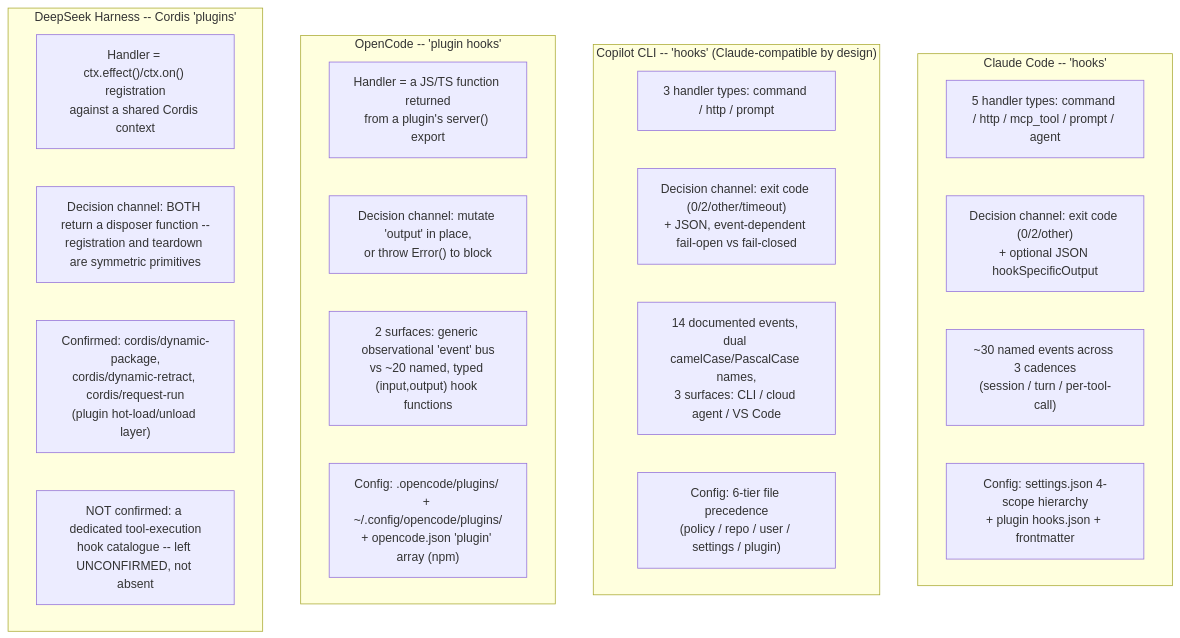
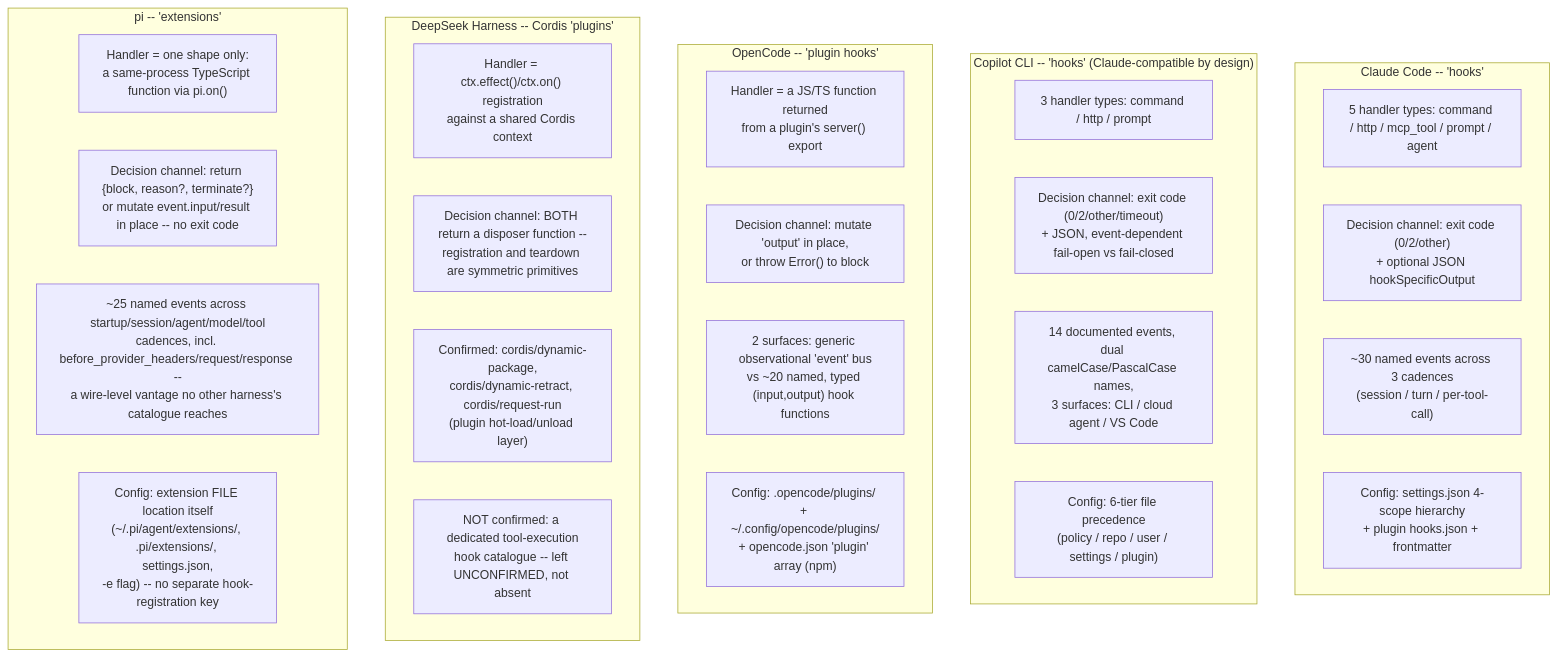
Before and after one commit to sfernandezplain/AIrchon: the seventh of 7 diagrams in references/harnesses/hooks-lifecycle-extensibility.md, drawn with Mermaid. The commit also changed other lines of this file and 10 other files, not shown here.

First line of the commit message:
Complete pi harness coverage across the wiki-book; add deterministic-orchestration page for LangGraph and Microsoft Conductor

````diff
--- a/references/harnesses/hooks-lifecycle-extensibility.md
+++ b/references/harnesses/hooks-lifecycle-extensibility.md
@@ -963,27 +1165,33 @@
 ```mermaid
 flowchart TB
     subgraph CC["Claude Code -- 'hooks'"]
         CC1["5 handler types: command / http / mcp_tool / prompt / agent"]
         CC2["Decision channel: exit code (0/2/other)\n+ optional JSON hookSpecificOutput"]
         CC3["~30 named events across 3 cadences\n(session / turn / per-tool-call)"]
         CC4["Config: settings.json 4-scope hierarchy\n+ plugin hooks.json + frontmatter"]
     end
     subgraph GH["Copilot CLI -- 'hooks' (Claude-compatible by design)"]
         GH1["3 handler types: command / http / prompt"]
         GH2["Decision channel: exit code (0/2/other/timeout)\n+ JSON, event-dependent fail-open vs fail-closed"]
         GH3["14 documented events, dual camelCase/PascalCase names,\n3 surfaces: CLI / cloud agent / VS Code"]
         GH4["Config: 6-tier file precedence\n(policy / repo / user / settings / plugin)"]
     end
     subgraph OC["OpenCode -- 'plugin hooks'"]
         OC1["Handler = a JS/TS function returned\nfrom a plugin's server() export"]
         OC2["Decision channel: mutate 'output' in place,\nor throw Error() to block"]
         OC3["2 surfaces: generic observational 'event' bus\nvs ~20 named, typed (input,output) hook functions"]
         OC4["Config: .opencode/plugins/ + ~/.config/opencode/plugins/\n+ opencode.json 'plugin' array (npm)"]
     end
     subgraph DS["DeepSeek Harness -- Cordis 'plugins'"]
         DS1["Handler = ctx.effect()/ctx.on() registration\nagainst a shared Cordis context"]
         DS2["Decision channel: BOTH return a disposer function --\nregistration and teardown are symmetric primitives"]
         DS3["Confirmed: cordis/dynamic-package,\ncordis/dynamic-retract, cordis/request-run\n(plugin hot-load/unload layer)"]
         DS4["NOT confirmed: a dedicated tool-execution\nhook catalogue -- left UNCONFIRMED, not absent"]
     end
+    subgraph PI["pi -- 'extensions'"]
+        PI1["Handler = one shape only:\na same-process TypeScript function via pi.on()"]
+        PI2["Decision channel: return {block, reason?, terminate?}\nor mutate event.input/result in place -- no exit code"]
+        PI3["~25 named events across startup/session/agent/model/tool\ncadences, incl. before_provider_headers/request/response --\na wire-level vantage no other harness's catalogue reaches"]
+        PI4["Config: extension FILE location itself\n(~/.pi/agent/extensions/, .pi/extensions/, settings.json,\n-e flag) -- no separate hook-registration key"]
+    end
 ```
````
